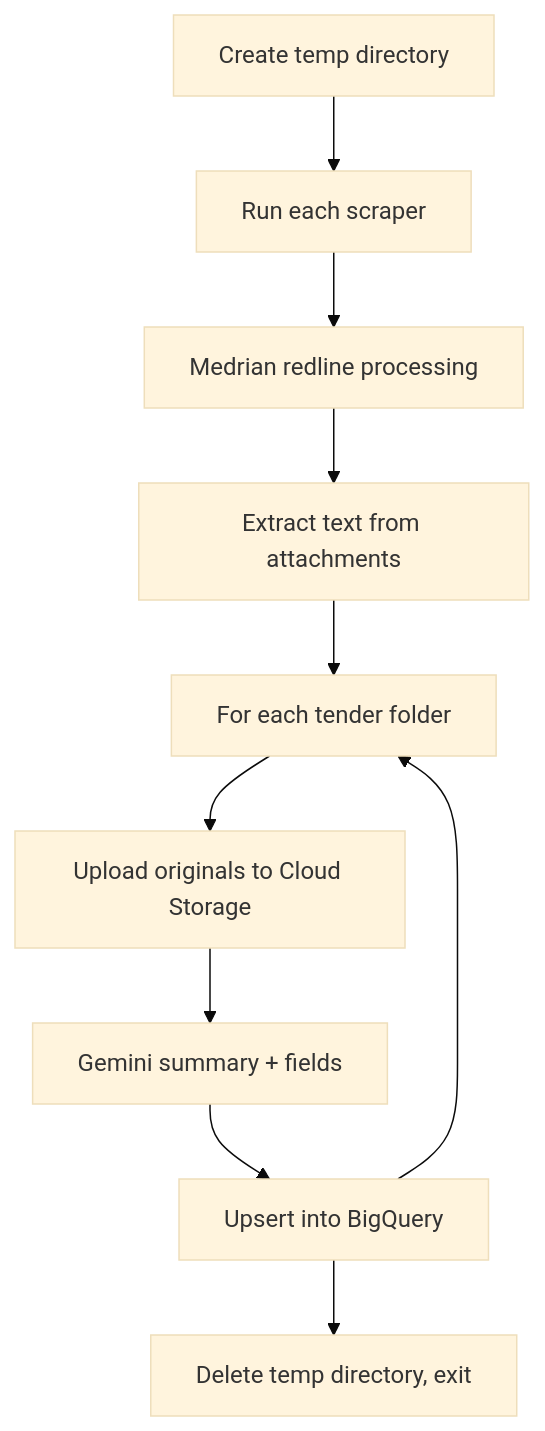
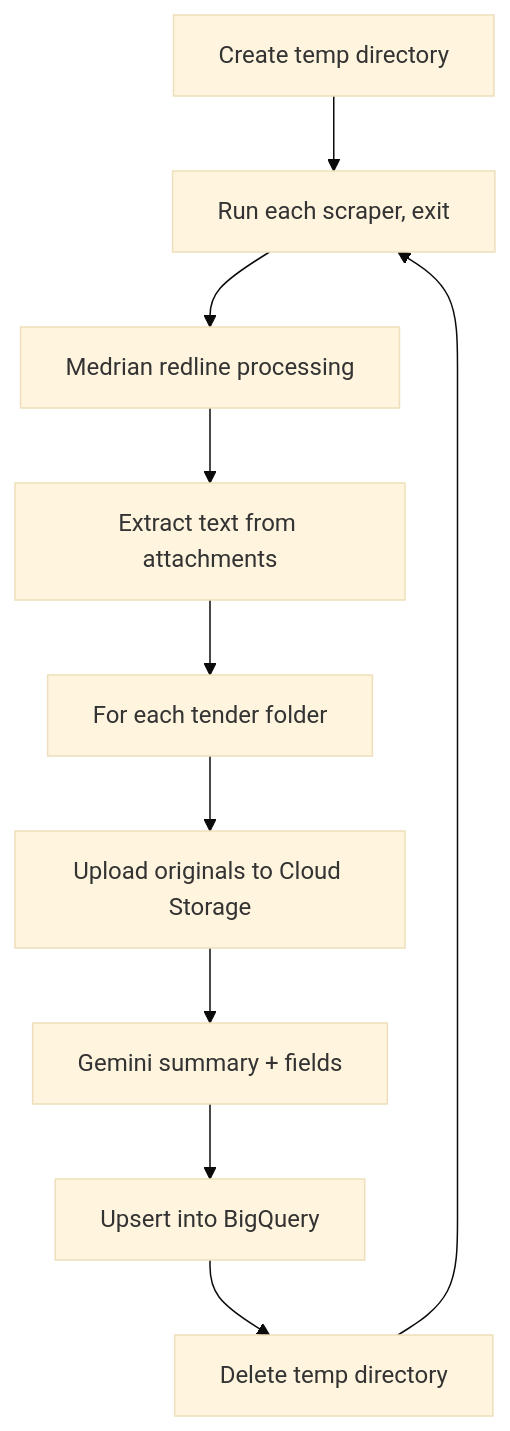
One commit to UtkristaUwa/CITS3200_57 changed the second of 4 diagrams in docs/documentation.md. Above: the diagram before and after it, drawn with Mermaid (base theme).

Commit message:
Refactor upsert flow in documentation

````diff
--- a/docs/documentation.md
+++ b/docs/documentation.md
@@ -153,14 +153,14 @@
 ```mermaid
 flowchart TD
     tmp["Create temp directory"] --> scrape["Run each scraper"]
     scrape --> medrian["Medrian redline processing"]
     medrian --> extract["Extract text from attachments"]
     extract --> each["For each tender folder"]
     each --> upload["Upload originals to Cloud Storage"]
     upload --> gemini["Gemini summary + fields"]
     gemini --> upsert["Upsert into BigQuery"]
-    upsert --> each
-    upsert --> done["Delete temp directory, exit"]
+    upsert --> done["Delete temp directory"]
+    done --> scrape["Run each scraper, exit"]
 
 
 ```
````
